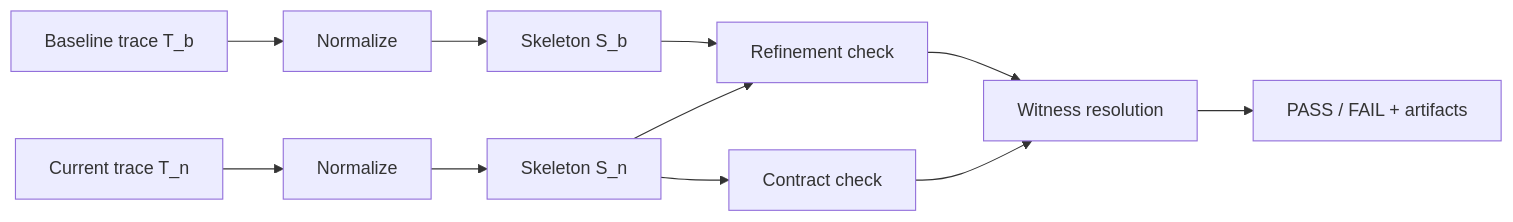
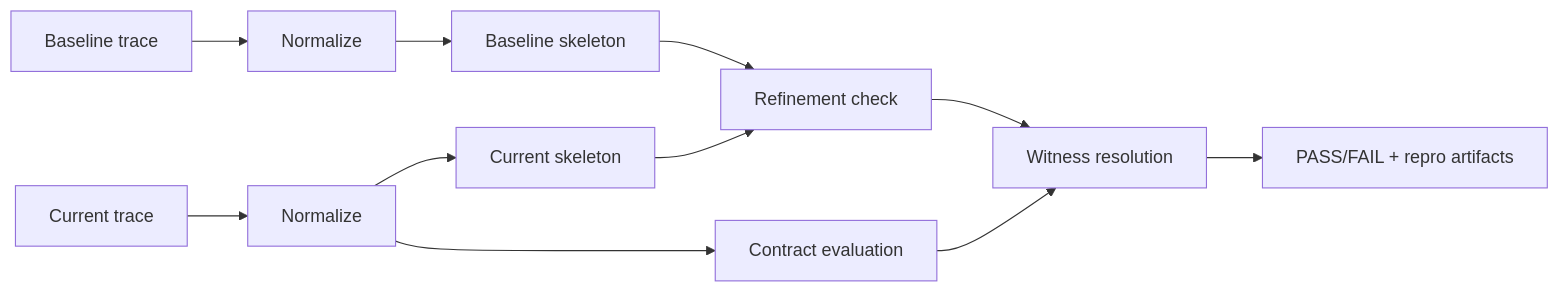
One commit to trajectly/trajectly changed the diagram in docs/trajectly.md. Above: the diagram before and after it, drawn with Mermaid. The commit also changed other lines of this file and 4 other files, not shown here.

````diff
--- a/docs/trajectly.md
+++ b/docs/trajectly.md
@@ -195,13 +92,13 @@
 ```mermaid
 flowchart LR
-    T_b["Baseline trace T_b"] --> N1["Normalize"]
-    T_n["Current trace T_n"] --> N2["Normalize"]
-    N1 --> S1["Skeleton S_b"]
-    N2 --> S2["Skeleton S_n"]
-    S1 --> R["Refinement check"]
-    S2 --> R
-    S2 --> C["Contract check"]
+    Tb["Baseline trace"] --> Nb["Normalize"]
+    Tn["Current trace"] --> Nn["Normalize"]
+    Nb --> Sb["Baseline skeleton"]
+    Nn --> Sn["Current skeleton"]
+    Sb --> R["Refinement check"]
+    Sn --> R
+    Nn --> C["Contract evaluation"]
     R --> W["Witness resolution"]
     C --> W
-    W --> V["PASS / FAIL + artifacts"]
+    W --> V["PASS/FAIL + repro artifacts"]
 ```
````
